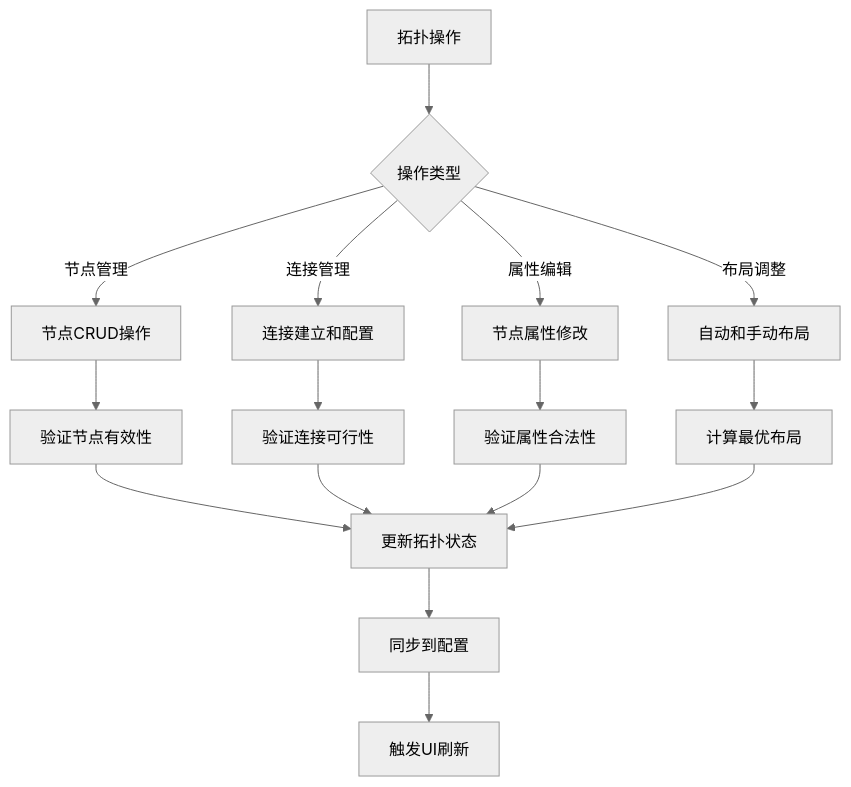
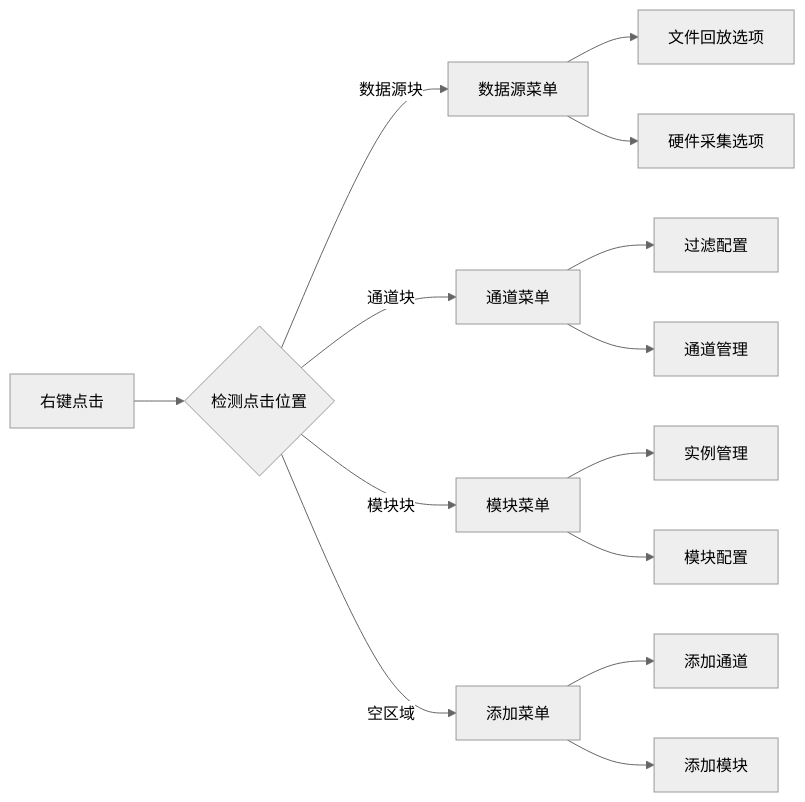
One commit to jakecai1225-design/OpenBus changed the fifth of 6 diagrams in .qoder/repowiki/zh/content/架构设计/UI系统设计/测量设置视图组件.md. Above: the diagram before and after it, drawn with Mermaid (neutral theme). The commit also changed other lines of this file and 25 other files, not shown here.

````diff
--- a/.qoder/repowiki/zh/content/架构设计/UI系统设计/测量设置视图组件.md
+++ b/.qoder/repowiki/zh/content/架构设计/UI系统设计/测量设置视图组件.md
@@ -281,18 +284,16 @@
 ```mermaid
-flowchart TD
-A[拓扑操作] --> B{操作类型}
-B --> |节点管理| C[节点CRUD操作]
-B --> |连接管理| D[连接建立和配置]
-B --> |属性编辑| E[节点属性修改]
-B --> |布局调整| F[自动和手动布局]
-C --> G[验证节点有效性]
-D --> H[验证连接可行性]
-E --> I[验证属性合法性]
-F --> J[计算最优布局]
-G --> K[更新拓扑状态]
-H --> K
-I --> K
-J --> K
-K --> L[同步到配置]
-L --> M[触发UI刷新]
+flowchart LR
+A[右键点击] --> B{检测点击位置}
+B --> |数据源块| C[数据源菜单]
+B --> |通道块| D[通道菜单]
+B --> |模块块| E[模块菜单]
+B --> |空区域| F[添加菜单]
+C --> G[文件回放选项]
+C --> H[硬件采集选项]
+D --> I[过滤配置]
+D --> J[通道管理]
+E --> K[实例管理]
+E --> L[模块配置]
+F --> M[添加通道]
+F --> N[添加模块]
 ```
````
